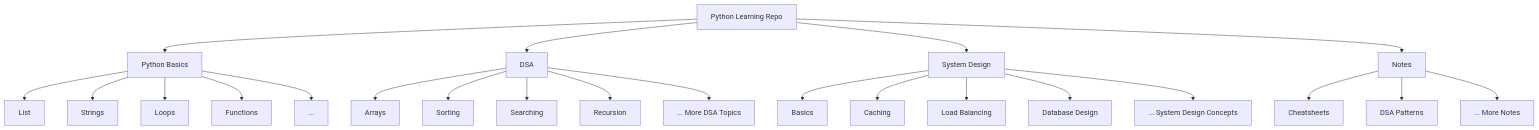
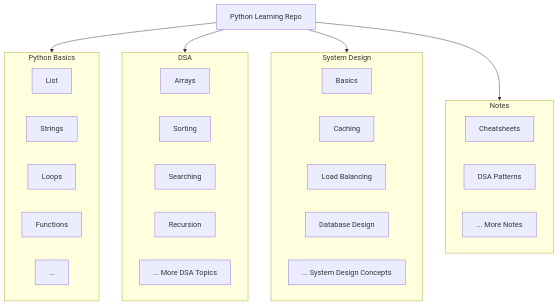
One commit to Anubhav990/python_basic_and_DSA changed the diagram in README.md. Above: the diagram before and after it, drawn with Mermaid.

````diff
--- a/README.md
+++ b/README.md
@@ -1,33 +1,41 @@
 ```mermaid
 
-graph TD
+graph TB
     A[Python Learning Repo]
 
-    A --> B[Python Basics]
-    A --> C[DSA]
-    A --> D[System Design]
-    A --> E[Notes]
+    subgraph B [Python Basics]
+        B1[List]
+        B2[Strings]
+        B3[Loops]
+        B4[Functions]
+        B5[...]
+    end
 
-    B --> B1[List]
-    B --> B2[Strings]
-    B --> B3[Loops]
-    B --> B4[Functions]
-    B --> B5[...]
+    subgraph C [DSA]
+        C1[Arrays]
+        C2[Sorting]
+        C3[Searching]
+        C4[Recursion]
+        C5[... More DSA Topics]
+    end
 
-    C --> C1[Arrays]
-    C --> C2[Sorting]
-    C --> C3[Searching]
-    C --> C4[Recursion]
-    C --> C5[... More DSA Topics]
+    subgraph D [System Design]
+        D1[Basics]
+        D2[Caching]
+        D3[Load Balancing]
+        D4[Database Design]
+        D5[... System Design Concepts]
+    end
 
-    D --> D1[Basics]
-    D --> D2[Caching]
-    D --> D3[Load Balancing]
-    D --> D4[Database Design]
-    D --> D5[... System Design Concepts]
+    subgraph E [Notes]
+        E1[Cheatsheets]
+        E2[DSA Patterns]
+        E3[... More Notes]
+    end
 
-    E --> E1[Cheatsheets]
-    E --> E2[DSA Patterns]
-    E --> E3[... More Notes]
+    A --> B
+    A --> C
+    A --> D
+    A --> E
 
 ```
````
